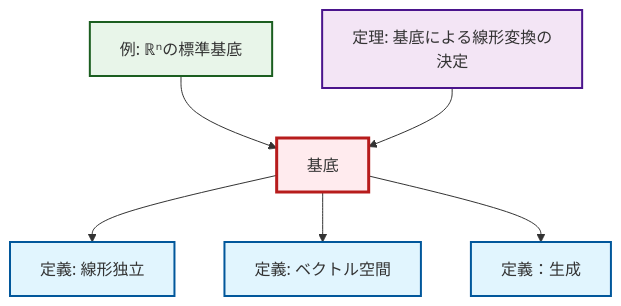
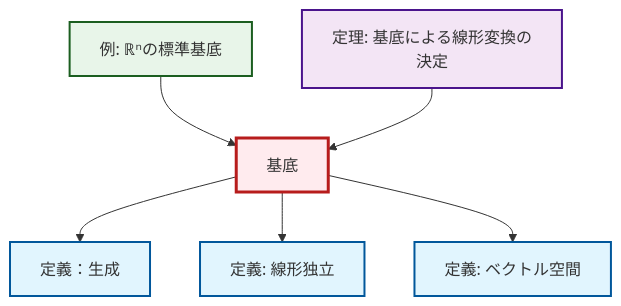
One commit to RK0429/ModernMath changed the diagram in content/ja/algebra/def-basis.qmd. Above: the diagram before and after it, drawn with Mermaid. The commit also changed 672 other files, not shown here.

````diff
--- a/content/ja/algebra/def-basis.qmd
+++ b/content/ja/algebra/def-basis.qmd
@@ -56,26 +56,26 @@
 ```{mermaid}
-%%| fig-cap: "Local dependency graph"
+%%| fig-cap: "ローカル依存関係グラフ"
 graph TD
     classDef definition fill:#e1f5fe,stroke:#01579b,stroke-width:2px
     classDef theorem fill:#f3e5f5,stroke:#4a148c,stroke-width:2px
     classDef axiom fill:#fff3e0,stroke:#e65100,stroke-width:2px
     classDef example fill:#e8f5e9,stroke:#1b5e20,stroke-width:2px
     classDef current fill:#ffebee,stroke:#b71c1c,stroke-width:3px
+    def-span["定義：生成"]:::definition
+    def-linear-independence["定義: 線形独立"]:::definition
+    ex-standard-basis-rn["例: ℝⁿの標準基底"]:::example
+    def-vector-space["定義: ベクトル空間"]:::definition
+    def-basis["基底"]:::definition
     thm-linear-transformation-basis["定理: 基底による線形変換の決定"]:::theorem
-    def-vector-space["定義: ベクトル空間"]:::definition
-    def-linear-independence["定義: 線形独立"]:::definition
-    def-span["定義：生成"]:::definition
-    def-basis["基底"]:::definition
-    ex-standard-basis-rn["例: ℝⁿの標準基底"]:::example
+    def-basis --> def-span
     def-basis --> def-linear-independence
     ex-standard-basis-rn --> def-basis
     def-basis --> def-vector-space
     thm-linear-transformation-basis --> def-basis
-    def-basis --> def-span
     class def-basis current
+    click def-span "def-span.html" "定義：生成へ"
+    click def-linear-independence "def-linear-independence.html" "線形独立の定義へ"
+    click ex-standard-basis-rn "ex-standard-basis-rn.html" "ℝⁿの標準基底の例へ"
+    click def-vector-space "def-vector-space.html" "ベクトル空間の定義へ"
     click thm-linear-transformation-basis "thm-linear-transformation-basis.html" "基底による線形変換の決定の定理へ"
-    click def-vector-space "def-vector-space.html" "ベクトル空間の定義へ"
-    click def-linear-independence "def-linear-independence.html" "線形独立の定義へ"
-    click def-span "def-span.html" "定義：生成へ"
-    click ex-standard-basis-rn "ex-standard-basis-rn.html" "ℝⁿの標準基底の例へ"
 ```
````
